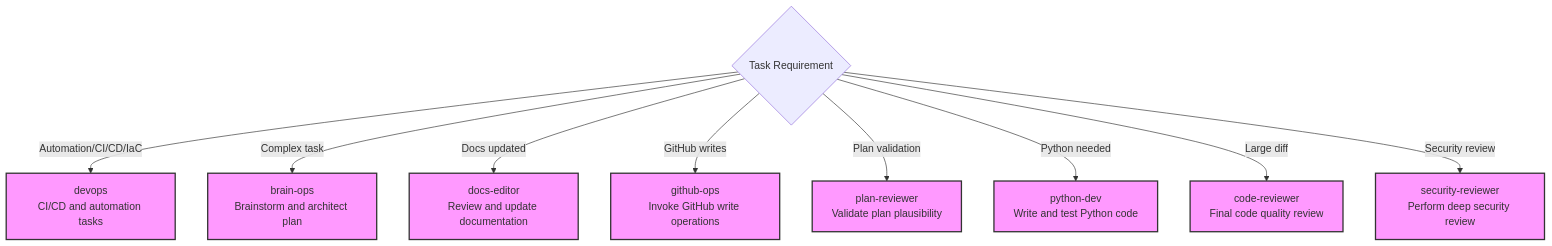
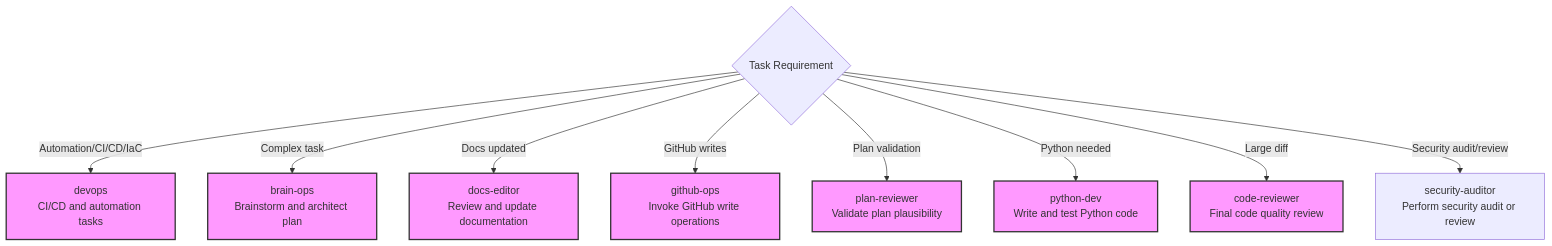
One commit to Cogni-AI-OU/cogni-ai-agent-skills changed the second of 2 diagrams in subagent-task/SKILL.md. Above: the diagram before and after it, drawn with Mermaid. The commit also changed other lines of this file and 13 other files, not shown here.

Commit message:
Split security into audit and review.

````diff
--- a/subagent-task/SKILL.md
+++ b/subagent-task/SKILL.md
@@ -67,16 +67,16 @@
 ```mermaid
 flowchart TD
     Trigger{Task Requirement}
 
     Trigger -->|Automation/CI/CD/IaC| DevOps["devops<br/>CI/CD and automation tasks"]
     Trigger -->|Complex task| Brain["brain-ops<br/>Brainstorm and architect plan"]
     Trigger -->|Docs updated| Docs["docs-editor<br/>Review and update documentation"]
     Trigger -->|GitHub writes| GHOps["github-ops<br/>Invoke GitHub write operations"]
     Trigger -->|Plan validation| PlanRev["plan-reviewer<br/>Validate plan plausibility"]
     Trigger -->|Python needed| PyDev["python-dev<br/>Write and test Python code"]
     Trigger -->|Large diff| CodeRev["code-reviewer<br/>Final code quality review"]
-    Trigger -->|Security review| SecRev["security-reviewer<br/>Perform deep security review"]
+    Trigger -->|Security audit/review| SecAud["security-auditor<br/>Perform security audit or review"]
 
     classDef scenario fill:#f9f,stroke:#333,stroke-width:2px;
     class Docs,Brain,PyDev,GHOps,PlanRev,CodeRev,SecRev,DevOps scenario
 ```
````
